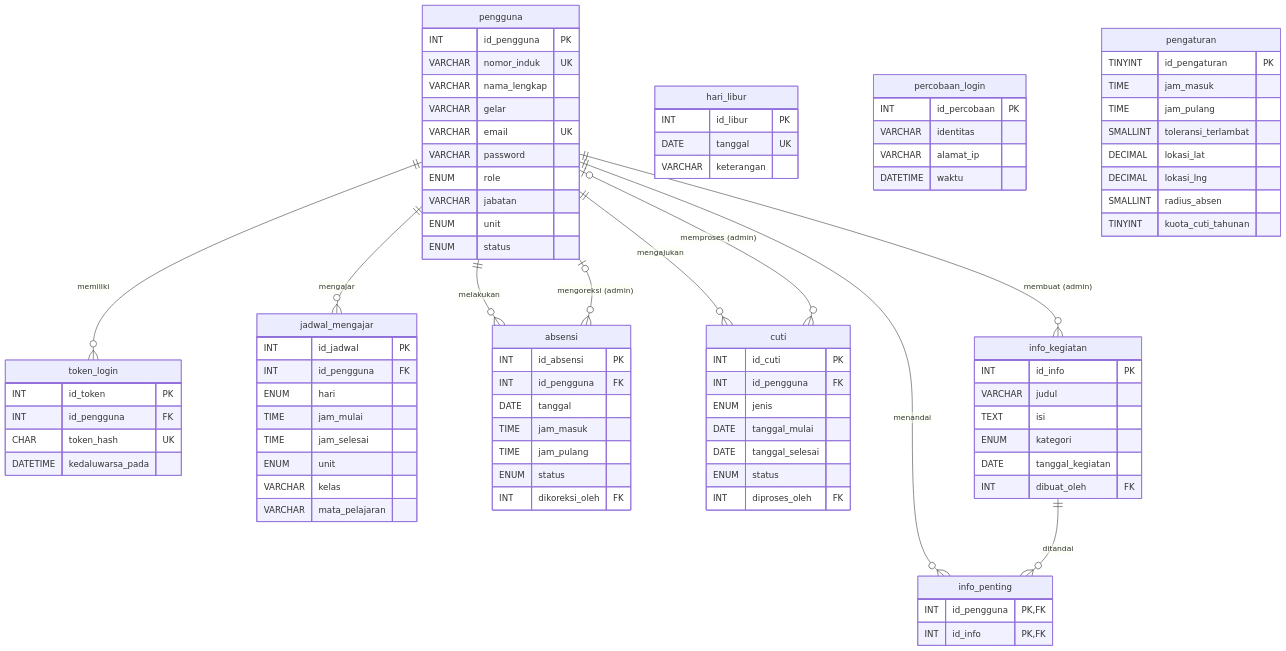
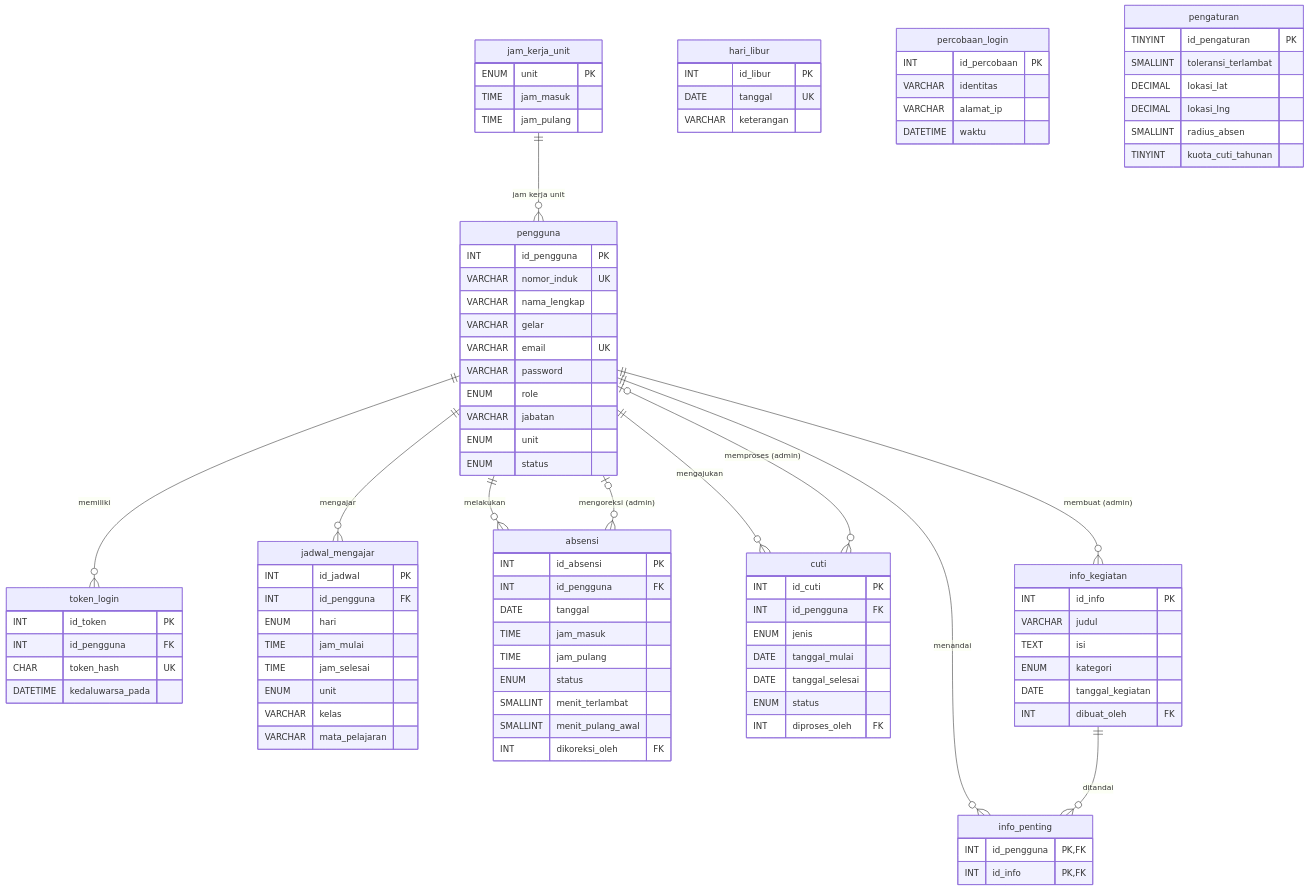
Before and after one commit to pentest-acc/kepegawaian-guru: the diagram in database/README.md, drawn with Mermaid. The commit also changed other lines of this file and 2 other files, not shown here.

First line of the commit message:
Database Sesi 4: jam kerja per unit & kolom absensi baru

```diff
--- a/database/README.md
+++ b/database/README.md
@@ -20,6 +20,7 @@
     info_kegiatan ||--o{ info_penting : "ditandai"
     pengguna |o--o{ absensi : "mengoreksi (admin)"
     pengguna |o--o{ cuti : "memproses (admin)"
+    jam_kerja_unit ||--o{ pengguna : "jam kerja unit"
 
     pengguna {
         INT id_pengguna PK
@@ -68,6 +69,8 @@
         TIME jam_masuk
         TIME jam_pulang
         ENUM status
+        SMALLINT menit_terlambat
+        SMALLINT menit_pulang_awal
         INT dikoreksi_oleh FK
     }
     cuti {
@@ -90,10 +93,13 @@
         VARCHAR alamat_ip
         DATETIME waktu
     }
+    jam_kerja_unit {
+        ENUM unit PK
+        TIME jam_masuk
+        TIME jam_pulang
+    }
     pengaturan {
         TINYINT id_pengaturan PK
-        TIME jam_masuk
-        TIME jam_pulang
         SMALLINT toleransi_terlambat
         DECIMAL lokasi_lat
         DECIMAL lokasi_lng
```
